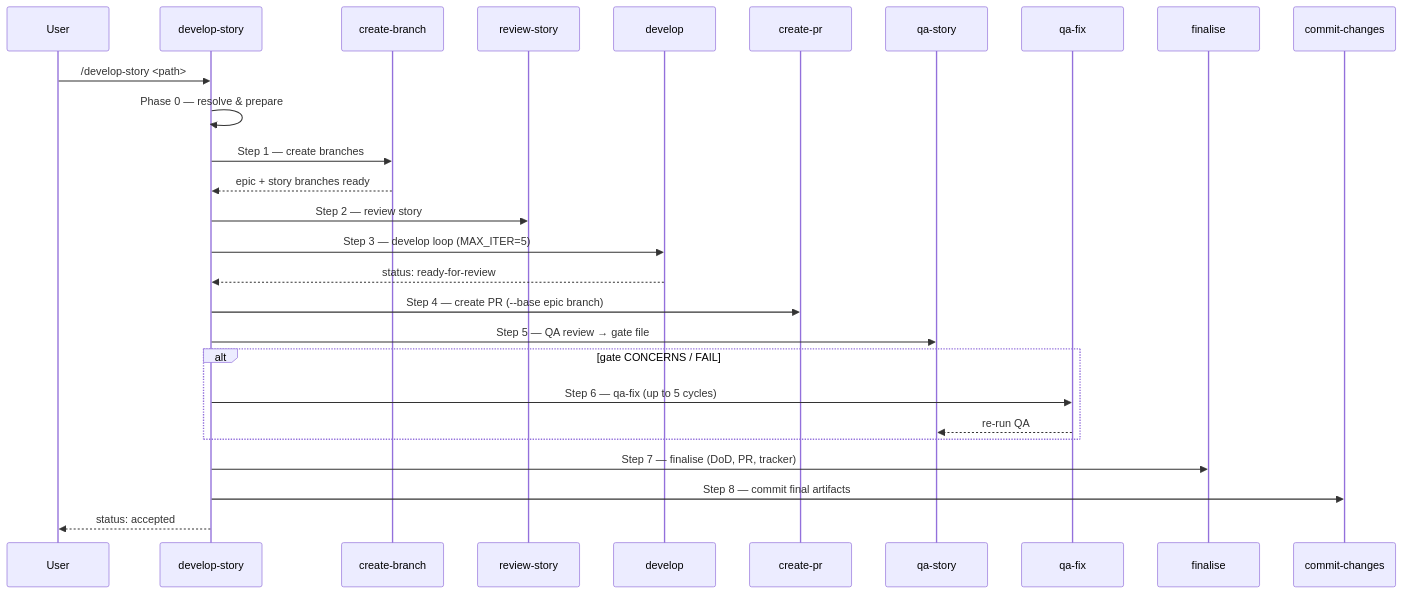
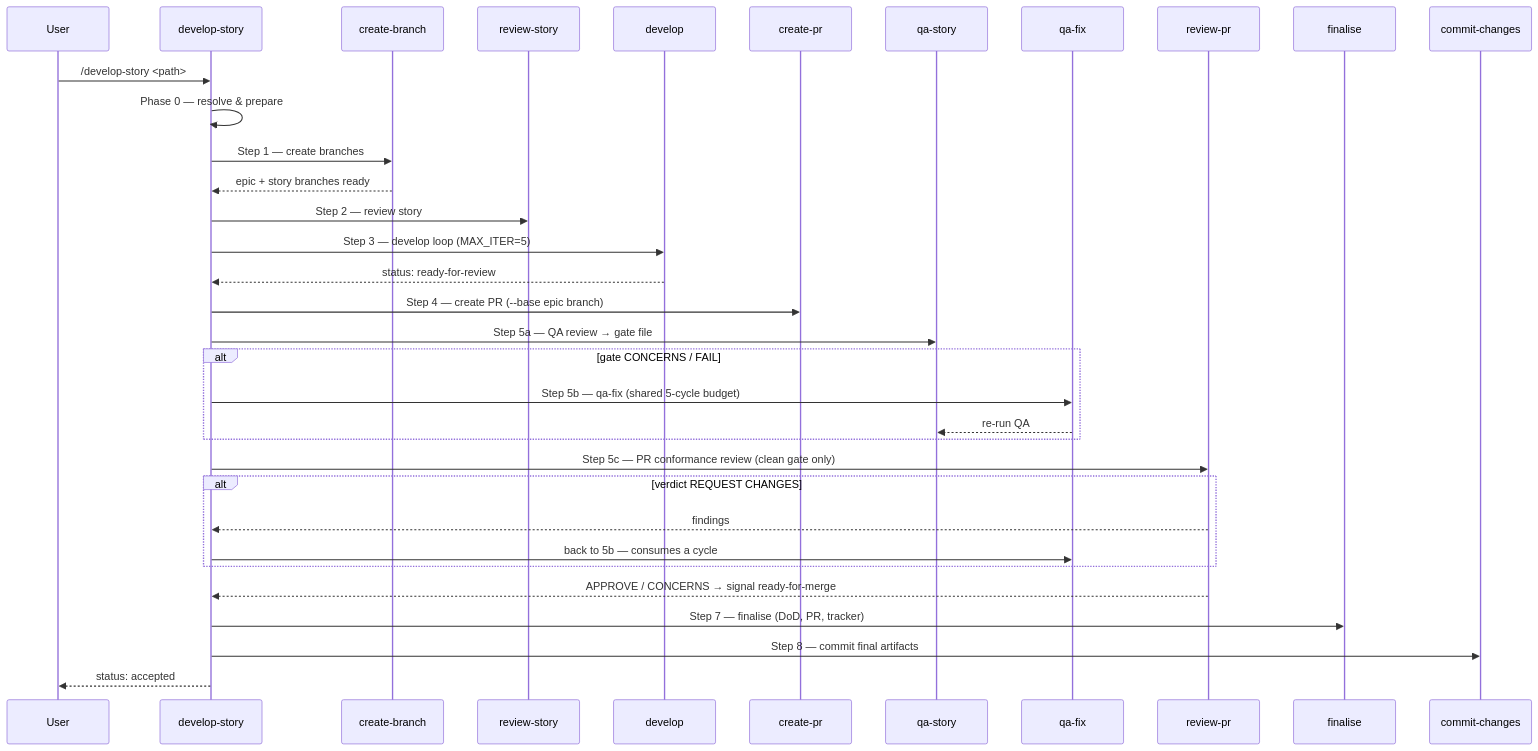
One commit to Gamaroff/agent-skills changed the fourth of 6 diagrams in docs/concepts/architecture.md. Above: the diagram before and after it, drawn with Mermaid. The commit also changed other lines of this file and 14 other files, not shown here.

````diff
--- a/docs/concepts/architecture.md
+++ b/docs/concepts/architecture.md
@@ -113,30 +115,37 @@
 ```mermaid
 sequenceDiagram
     participant U as User
     participant DS as develop-story
     participant CB as create-branch
     participant RS as review-story
     participant DEV as develop
     participant CPR as create-pr
     participant QS as qa-story
     participant QF as qa-fix
+    participant RPR as review-pr
     participant FN as finalise
     participant CC as commit-changes
 
     U->>DS: /develop-story <path>
     DS->>DS: Phase 0 — resolve & prepare
     DS->>CB: Step 1 — create branches
     CB-->>DS: epic + story branches ready
     DS->>RS: Step 2 — review story
     DS->>DEV: Step 3 — develop loop (MAX_ITER=5)
     DEV-->>DS: status: ready-for-review
     DS->>CPR: Step 4 — create PR (--base epic branch)
-    DS->>QS: Step 5 — QA review → gate file
+    DS->>QS: Step 5a — QA review → gate file
     alt gate CONCERNS / FAIL
-        DS->>QF: Step 6 — qa-fix (up to 5 cycles)
+        DS->>QF: Step 5b — qa-fix (shared 5-cycle budget)
         QF-->>QS: re-run QA
     end
+    DS->>RPR: Step 5c — PR conformance review (clean gate only)
+    alt verdict REQUEST CHANGES
+        RPR-->>DS: findings
+        DS->>QF: back to 5b — consumes a cycle
+    end
+    RPR-->>DS: APPROVE / CONCERNS → signal ready-for-merge
     DS->>FN: Step 7 — finalise (DoD, PR, tracker)
     DS->>CC: Step 8 — commit final artifacts
     DS-->>U: status: accepted
 ```
````
